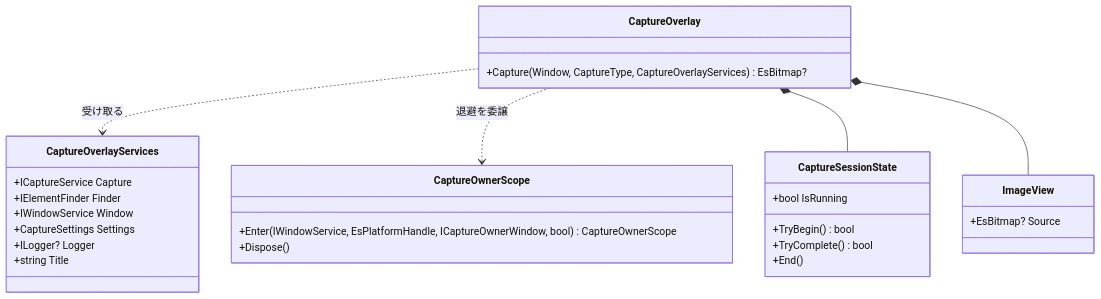
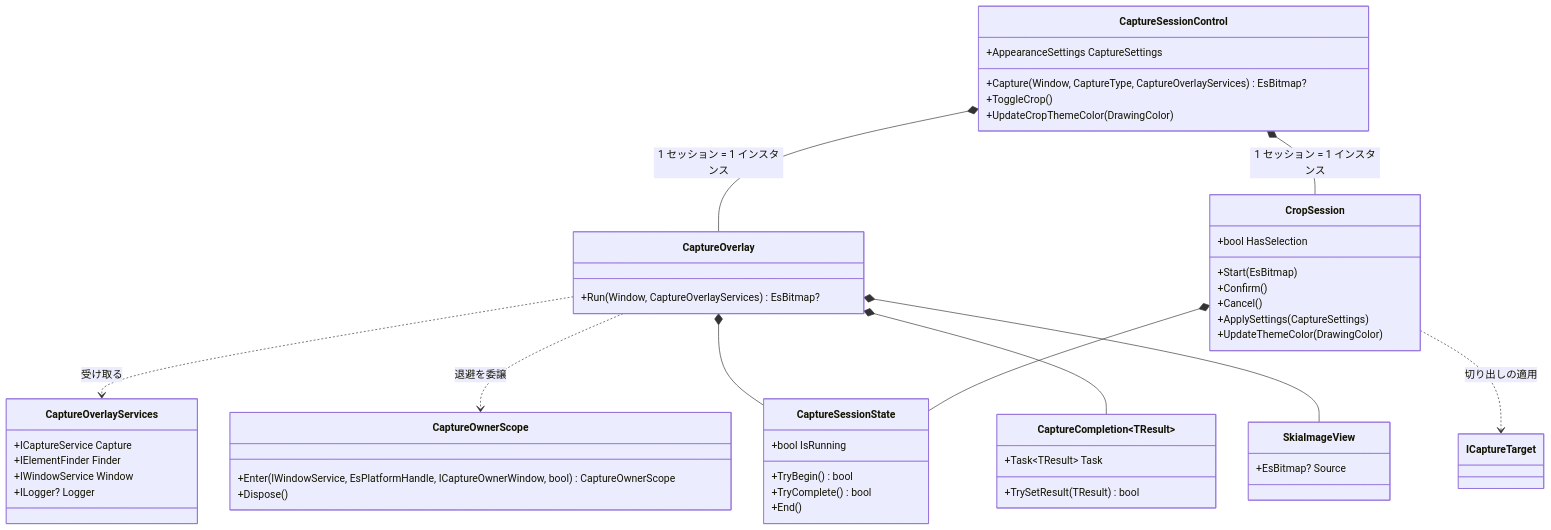
One commit to tomokuni/SaveEvidence changed the first of 2 diagrams in src/CaptureSessionControl.MewUI/SPEC_System.md. Above: the diagram before and after it, drawn with Mermaid. The commit also changed other lines of this file and 226 other files, not shown here.

````diff
--- a/src/CaptureSessionControl.MewUI/SPEC_System.md
+++ b/src/CaptureSessionControl.MewUI/SPEC_System.md
@@ -53,31 +67,52 @@
 ```mermaid
 classDiagram
+    class CaptureSessionControl {
+        +Capture(Window, CaptureType, CaptureOverlayServices) EsBitmap?
+        +ToggleCrop()
+        +AppearanceSettings CaptureSettings
+        +UpdateCropThemeColor(DrawingColor)
+    }
     class CaptureOverlay {
-        +Capture(Window, CaptureType, CaptureOverlayServices) EsBitmap?
+        +Run(Window, CaptureOverlayServices) EsBitmap?
+    }
+    class CropSession {
+        +bool HasSelection
+        +Start(EsBitmap)
+        +Confirm()
+        +Cancel()
+        +ApplySettings(CaptureSettings)
+        +UpdateThemeColor(DrawingColor)
     }
     class CaptureOverlayServices {
         +ICaptureService Capture
         +IElementFinder Finder
         +IWindowService Window
-        +CaptureSettings Settings
         +ILogger? Logger
-        +string Title
     }
     class CaptureOwnerScope {
         +Enter(IWindowService, EsPlatformHandle, ICaptureOwnerWindow, bool) CaptureOwnerScope
         +Dispose()
     }
     class CaptureSessionState {
         +bool IsRunning
         +TryBegin() bool
         +TryComplete() bool
         +End()
     }
-    class ImageView {
+    class CaptureCompletion~TResult~ {
+        +Task~TResult~ Task
+        +TrySetResult(TResult) bool
+    }
+    class SkiaImageView {
         +EsBitmap? Source
     }
+    CaptureSessionControl *-- CaptureOverlay : 1 セッション = 1 インスタンス
+    CaptureSessionControl *-- CropSession : 1 セッション = 1 インスタンス
     CaptureOverlay ..> CaptureOverlayServices : 受け取る
     CaptureOverlay ..> CaptureOwnerScope : 退避を委譲
     CaptureOverlay *-- CaptureSessionState
-    CaptureOverlay *-- ImageView
+    CaptureOverlay *-- CaptureCompletion~TResult~
+    CaptureOverlay *-- SkiaImageView
+    CropSession *-- CaptureSessionState
+    CropSession ..> ICaptureTarget : 切り出しの適用
 ```
````
